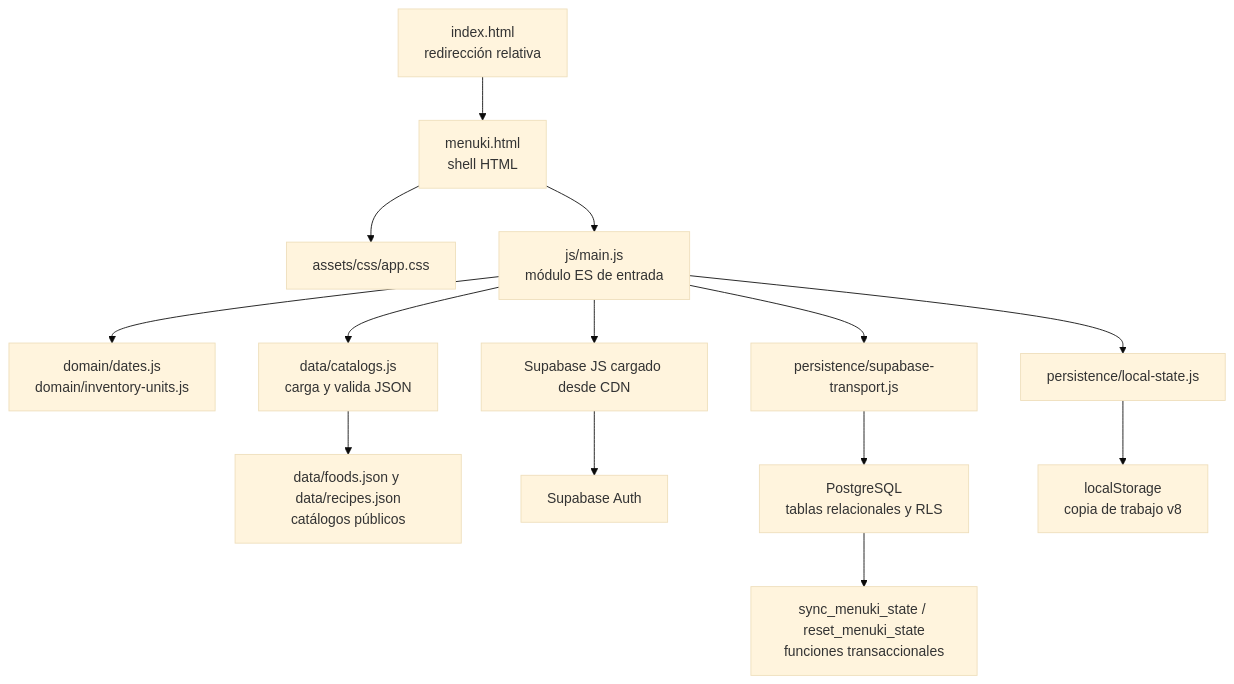
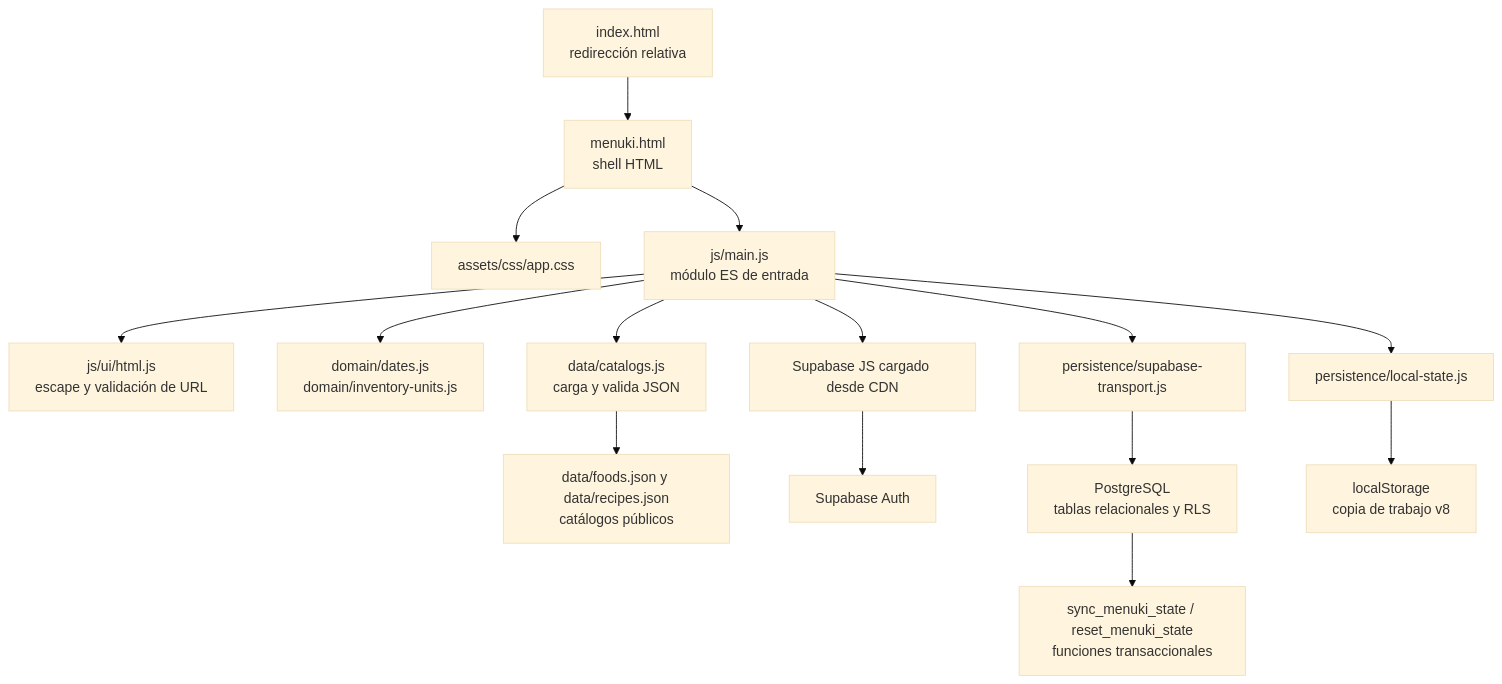
The diagram in docs/front-end-audit.md (adrian-san-lop/food_planning), drawn with Mermaid (base theme) before and after one commit. The commit also changed other lines of this file and 14 other files, not shown here.

````diff
--- a/docs/front-end-audit.md
+++ b/docs/front-end-audit.md
@@ -17,16 +17,17 @@
 ```mermaid
 flowchart TD
     A[index.html<br/>redirección relativa] --> B[menuki.html<br/>shell HTML]
     B --> CSS[assets/css/app.css]
     B --> M[js/main.js<br/>módulo ES de entrada]
+    M --> U[js/ui/html.js<br/>escape y validación de URL]
     M --> D[domain/dates.js<br/>domain/inventory-units.js]
     M --> C[data/catalogs.js<br/>carga y valida JSON]
     M --> L[persistence/local-state.js]
     M --> T[persistence/supabase-transport.js]
     C --> J[data/foods.json y data/recipes.json<br/>catálogos públicos]
     M --> D2[Supabase JS cargado desde CDN]
     D2 --> E[Supabase Auth]
     T --> F[PostgreSQL<br/>tablas relacionales y RLS]
     L --> G[localStorage<br/>copia de trabajo v8]
     F --> H[sync_menuki_state / reset_menuki_state<br/>funciones transaccionales]
 ```
````
